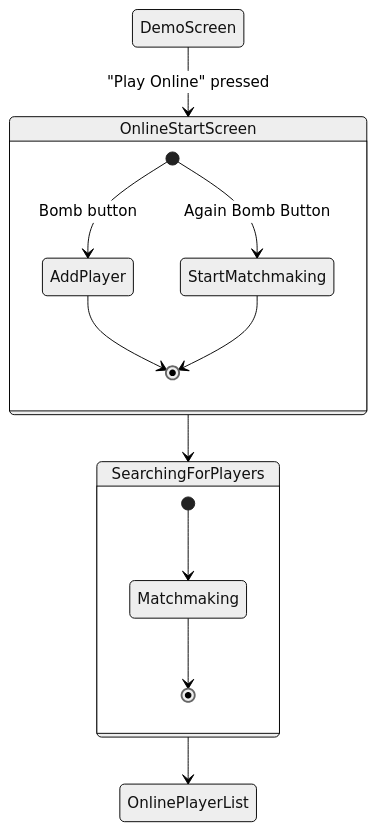
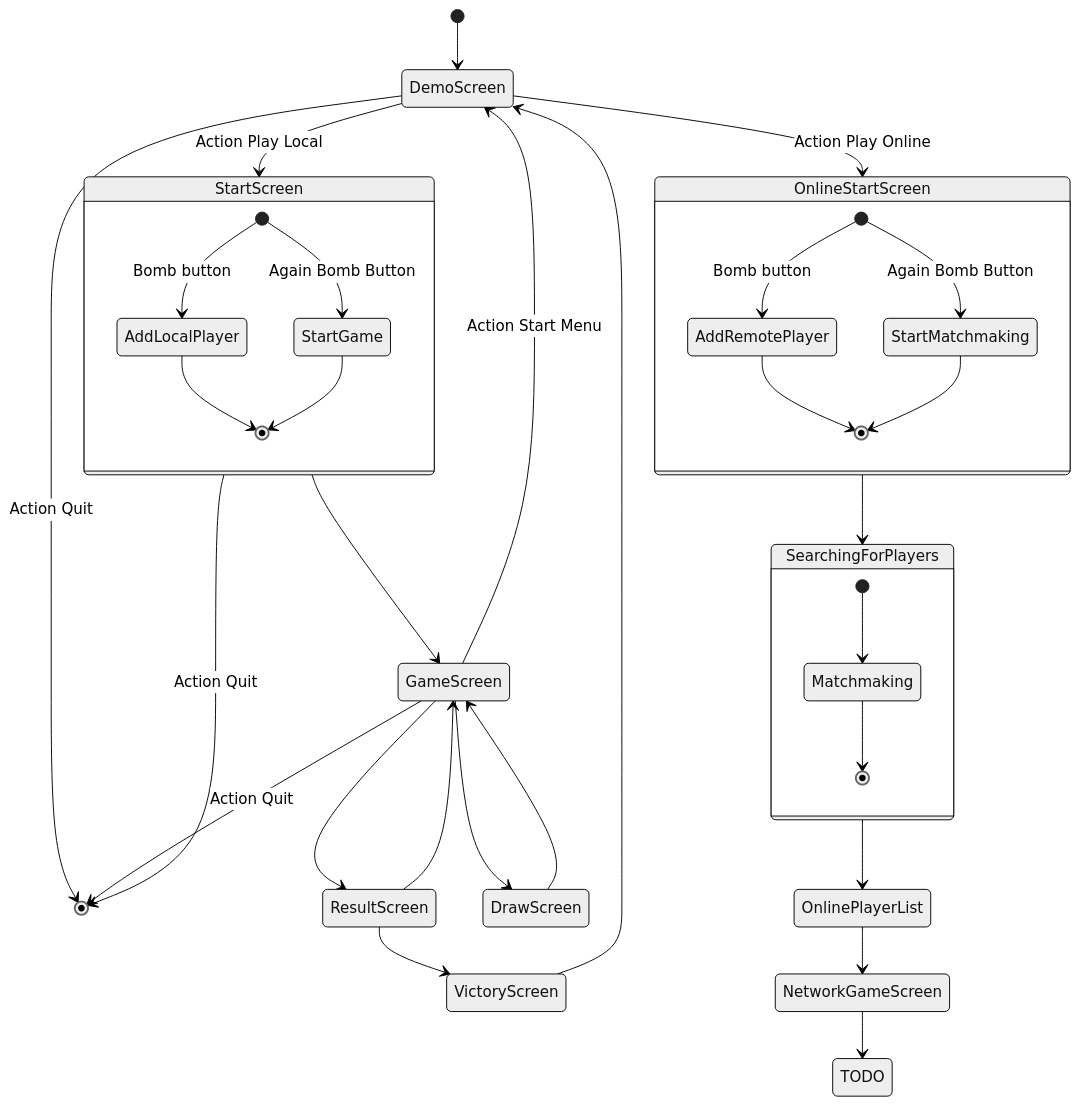
The diagram in UWP/network-spec.md (rinrab/MrBoom), drawn with Mermaid (neutral theme) before and after one commit.

Commit message:
Draw all actions in states graph

````diff
--- a/UWP/network-spec.md
+++ b/UWP/network-spec.md
@@ -59,20 +59,42 @@
 ```mermaid
     stateDiagram-v2
-    DemoScreen --> OnlineStartScreen : "Play Online" pressed
+    [*] --> DemoScreen
+    DemoScreen --> OnlineStartScreen : Action Play Online
+    DemoScreen --> StartScreen : Action Play Local
+    DemoScreen --> [*] : Action Quit
 
     state OnlineStartScreen {
-        [*] --> AddPlayer : Bomb button
-        AddPlayer --> [*]
+        [*] --> AddRemotePlayer : Bomb button
+        AddRemotePlayer --> [*]
         [*] --> StartMatchmaking : Again Bomb Button
         StartMatchmaking --> [*]
     }
+    
+    state StartScreen {
+        [*] --> AddLocalPlayer : Bomb button
+        AddLocalPlayer --> [*]
+        [*] -->  StartGame: Again Bomb Button
+        StartGame --> [*]
+    }
 
     OnlineStartScreen --> SearchingForPlayers
+    StartScreen --> GameScreen
+    StartScreen --> [*]: Action Quit
+    GameScreen --> ResultScreen
+    GameScreen --> DrawScreen
+    GameScreen --> DemoScreen: Action Start Menu
+    GameScreen --> [*]: Action Quit
+    ResultScreen --> VictoryScreen
+    ResultScreen --> GameScreen
+    VictoryScreen --> DemoScreen
+    DrawScreen --> GameScreen
 
     state SearchingForPlayers {
         [*] --> Matchmaking
         Matchmaking --> [*]
     }
 
     SearchingForPlayers --> OnlinePlayerList
+    OnlinePlayerList --> NetworkGameScreen
+    NetworkGameScreen --> TODO
 ```
````
